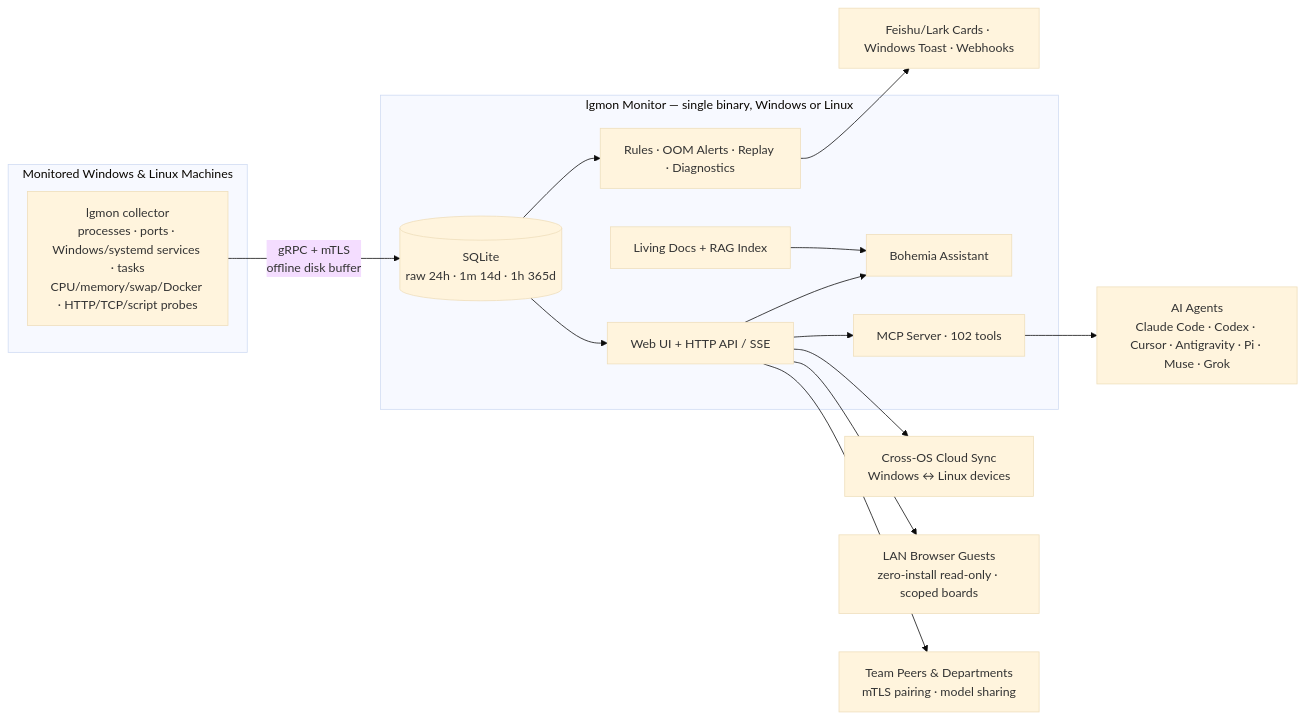
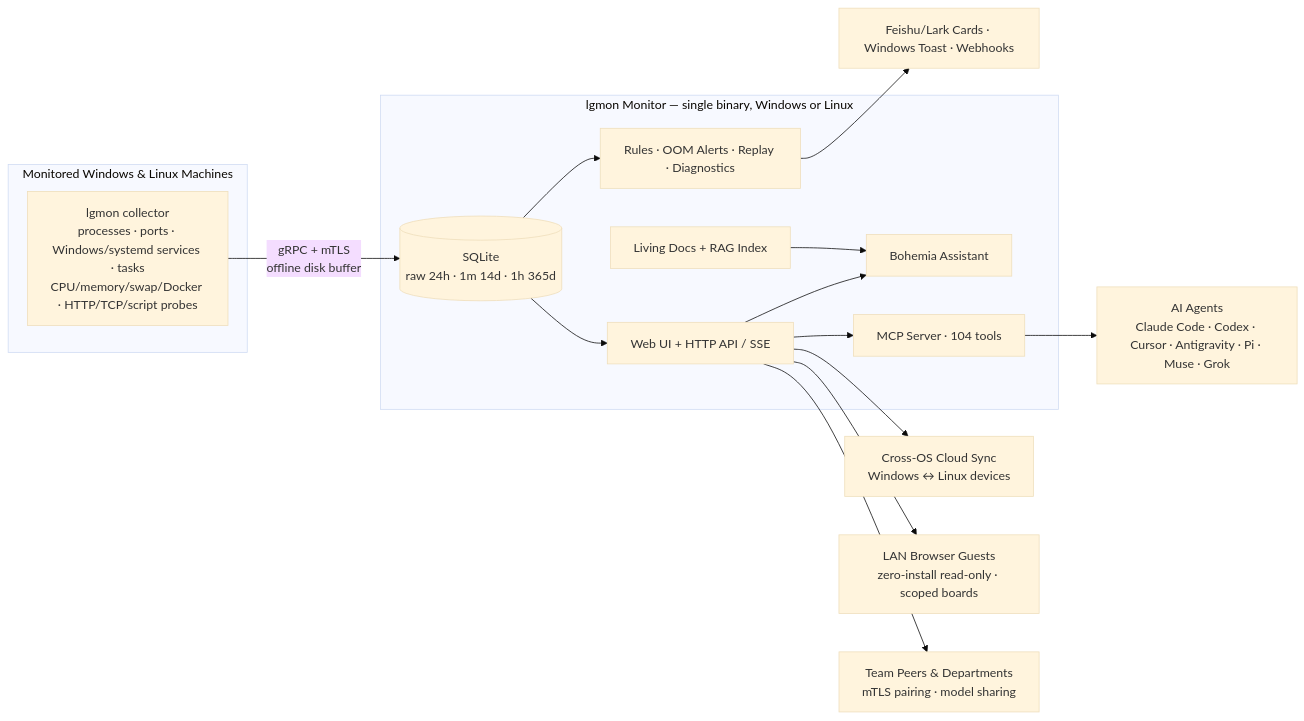
The diagram in README.md (LFenX/lg-monitor), drawn with Mermaid (base theme) before and after one commit. The commit also changed other lines of this file and 30 other files, not shown here.

````diff
--- a/README.md
+++ b/README.md
@@ -196,23 +196,23 @@
 ```mermaid
 flowchart LR
   subgraph PC[Monitored Windows & Linux Machines]
     C[lgmon collector<br/>processes · ports · Windows/systemd services · tasks<br/>CPU/memory/swap/Docker · HTTP/TCP/script probes]
   end
   subgraph M[lgmon Monitor — single binary, Windows or Linux]
     S[(SQLite<br/>raw 24h · 1m 14d · 1h 365d)]
     R[Rules · OOM Alerts · Replay · Diagnostics]
     D[Living Docs + RAG Index]
     W[Web UI + HTTP API / SSE]
-    P[MCP Server · 102 tools]
+    P[MCP Server · 104 tools]
     B[Bohemia Assistant]
   end
   C -- gRPC + mTLS<br/>offline disk buffer --> S
   S --> R --> N[Feishu/Lark Cards · Windows Toast · Webhooks]
   S --> W
   D --> B
   W --> B
   W --> P --> A[AI Agents<br/>Claude Code · Codex · Cursor · Antigravity · Pi · Muse · Grok]
   W --> X[Cross-OS Cloud Sync<br/>Windows ↔ Linux devices]
   W --> G[LAN Browser Guests<br/>zero-install read-only · scoped boards]
   W --> L[Team Peers & Departments<br/>mTLS pairing · model sharing]
 ```
````
